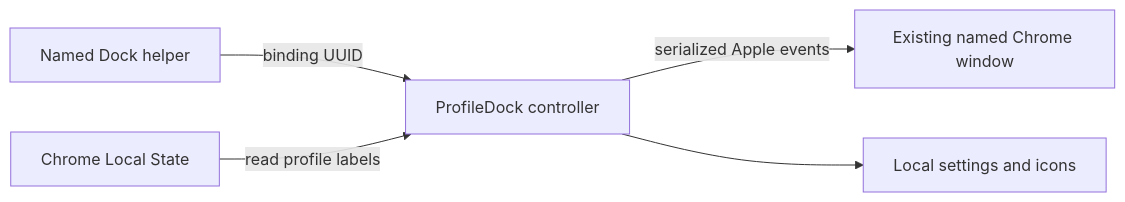
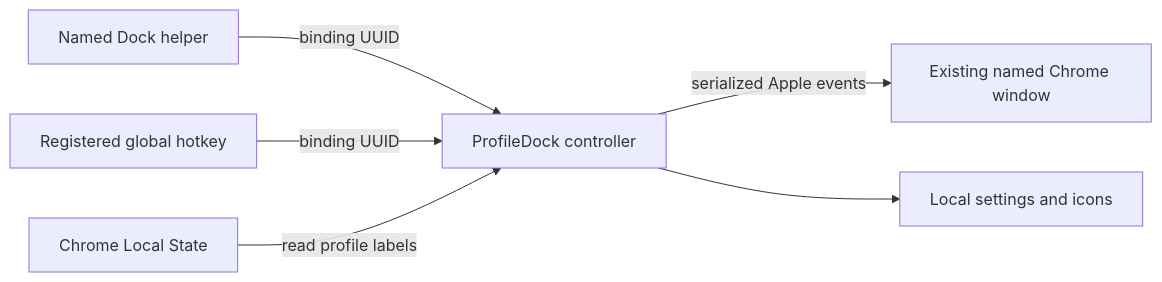
Before and after one commit to kunilingvistador/ProfileDock: the diagram in docs/ARCHITECTURE.md, drawn with Mermaid. The commit also changed other lines of this file and 30 other files, not shown here.

````diff
--- a/docs/ARCHITECTURE.md
+++ b/docs/ARCHITECTURE.md
@@ -5,7 +5,8 @@
 ```mermaid
 flowchart LR
   D[Named Dock helper] -->|binding UUID| C[ProfileDock controller]
+  K[Registered global hotkey] -->|binding UUID| C
   P[Chrome Local State] -->|read profile labels| C
   C -->|serialized Apple events| W[Existing named Chrome window]
   C --> S[Local settings and icons]
 ```
````
